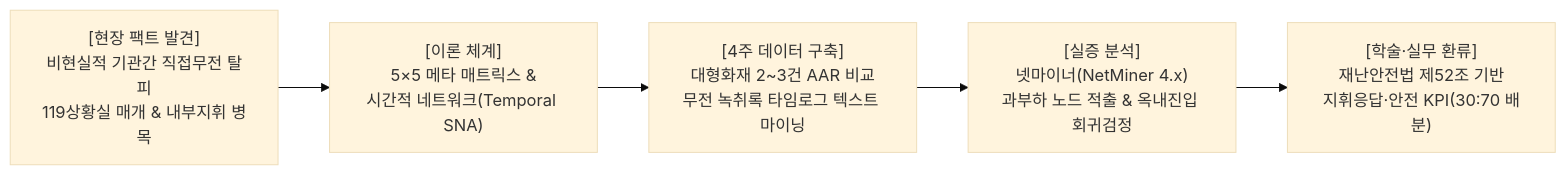
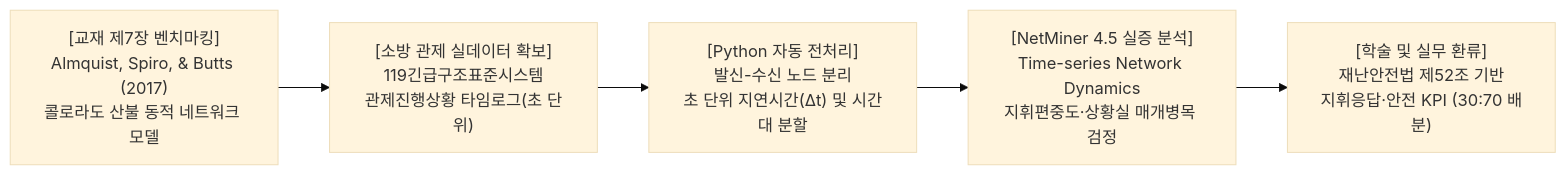
The first of 4 diagrams in 소방_SNA_수업_연구계획서.md (skang88/SNA), drawn with Mermaid (base theme) before and after one commit. The commit also changed other lines of this file and 2 other files, not shown here.

Commit message:
docs: 교재 제7장(Almquist et al., 2017) 벤치마킹 기반 소방 관제로그 시계열 SNA 연구계획서 개작 및 HTML 렌더링 오류 수정

````diff
--- a/소방_SNA_수업_연구계획서.md
+++ b/소방_SNA_수업_연구계획서.md
@@ -23,7 +24,7 @@
 ```mermaid
 flowchart LR
-    A["[현장 팩트 발견]<br/>비현실적 기관간 직접무전 탈피<br/>119상황실 매개 & 내부지휘 병목"] --> B["[이론 체계]<br/>5×5 메타 매트릭스 &<br/>시간적 네트워크(Temporal SNA)"]
-    B --> C["[4주 데이터 구축]<br/>대형화재 2~3건 AAR 비교<br/>무전 녹취록 타임로그 텍스트 마이닝"]
-    C --> D["[실증 분석]<br/>넷마이너(NetMiner 4.x)<br/>과부하 노드 적출 & 옥내진입 회귀검정"]
-    D --> E["[학술·실무 환류]<br/>재난안전법 제52조 기반<br/>지휘응답·안전 KPI(30:70 배분)"]
+    A["[교재 제7장 벤치마킹]<br/>Almquist, Spiro, & Butts (2017)<br/>콜로라도 산불 동적 네트워크 모델"] --> B["[소방 관제 실데이터 확보]<br/>119긴급구조표준시스템<br/>관제진행상황 타임로그(초 단위)"]
+    B --> C["[Python 자동 전처리]<br/>발신-수신 노드 분리<br/>초 단위 지연시간(Δt) 및 시간대 분할"]
+    C --> D["[NetMiner 4.5 실증 분석]<br/>Time-series Network Dynamics<br/>지휘편중도·상황실 매개병목 검정"]
+    D --> E["[학술 및 실무 환류]<br/>재난안전법 제52조 기반<br/>지휘응답·안전 KPI (30:70 배분)"]
 ```
````
